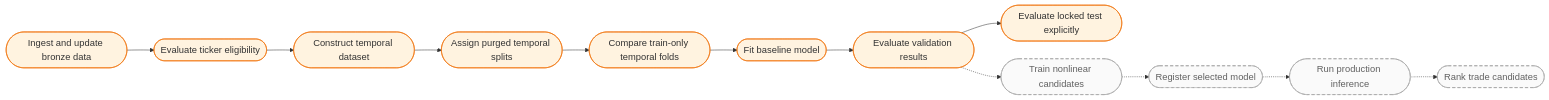
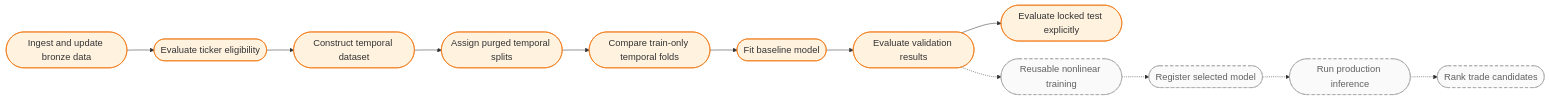
Before and after one commit to Frallmeister/swingtrader-app: the first of 6 diagrams in docs/modeling/workflows.md, drawn with Mermaid. The commit also changed other lines of this file and 35 other files, not shown here.

````diff
--- a/docs/modeling/workflows.md
+++ b/docs/modeling/workflows.md
@@ -9,24 +9,24 @@
 ```mermaid
 %%{init: {"themeVariables": {"fontSize": "18px"}, "flowchart": {"nodeSpacing": 34, "rankSpacing": 52}}}%%
 flowchart LR
     ingest([Ingest and update bronze data])
     eligibility([Evaluate ticker eligibility])
     construct([Construct temporal dataset])
     split([Assign purged temporal splits])
     cross_validate([Compare train-only temporal folds])
     train([Fit baseline model])
     validate([Evaluate validation results])
     test([Evaluate locked test explicitly])
-    advanced([Train nonlinear candidates])
+    advanced([Reusable nonlinear training])
     register([Register selected model])
     infer([Run production inference])
     rank([Rank trade candidates])
 
     ingest --> eligibility --> construct --> split --> cross_validate --> train --> validate --> test
     validate -.-> advanced -.-> register -.-> infer -.-> rank
 
     classDef implemented fill:#fff3e0,stroke:#ef6c00
     classDef planned fill:#fafafa,stroke:#9e9e9e,color:#616161,stroke-dasharray:6 4
     class ingest,eligibility,construct,split,cross_validate,train,validate,test implemented
     class advanced,register,infer,rank planned
 ```
````
